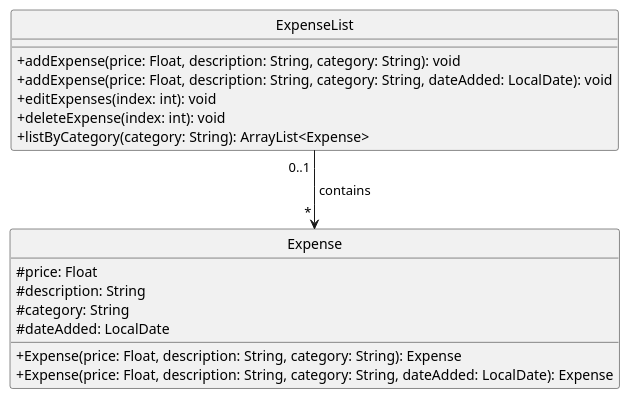
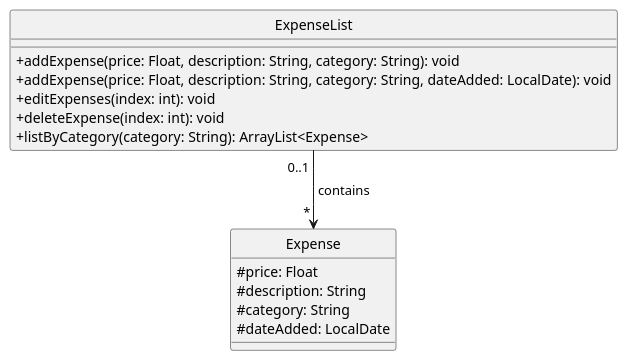
One commit to nus-cs2113-AY2425S1/tp changed the diagram in docs/diagrams/plantuml/ExpenseAndExpenseList.puml. Above: the diagram before and after it, drawn with PlantUML.

Commit message:
Update class UML to exclude constructors

```diff
--- a/docs/diagrams/plantuml/ExpenseAndExpenseList.puml
+++ b/docs/diagrams/plantuml/ExpenseAndExpenseList.puml
@@ -1,32 +1,32 @@
 @startuml
 skinparam classAttributeIconSize 0
 hide circle
 
 class Expense {
     #price: Float
     #description: String
     #category: String
     #dateAdded: LocalDate
-    +Expense(price: Float, description: String, category: String): Expense
-    +Expense(price: Float, description: String, category: String, dateAdded: LocalDate): Expense
+'    +Expense(price: Float, description: String, category: String): Expense
+'    +Expense(price: Float, description: String, category: String, dateAdded: LocalDate): Expense
 '    +getPrice(): Float
 '    +getDescription(): String
 '    +getCategory(): String
 '    +getDateAdded(): LocalDate
 '    +setPrice(price: Float): void
 '    +setDescription(description: String): void
 '    +setCategory(String: category): void
 '    +setDateAdded(dateAdded: LocalDate): void
 }
 
 class ExpenseList {
     +addExpense(price: Float, description: String, category: String): void
     +addExpense(price: Float, description: String, category: String, dateAdded: LocalDate): void
     +editExpenses(index: int): void
     +deleteExpense(index: int): void
     +listByCategory(category: String): ArrayList<Expense>
 }
 
 ExpenseList " 0..1 " -d-> " * " Expense : " contains "
 
 @enduml
```
